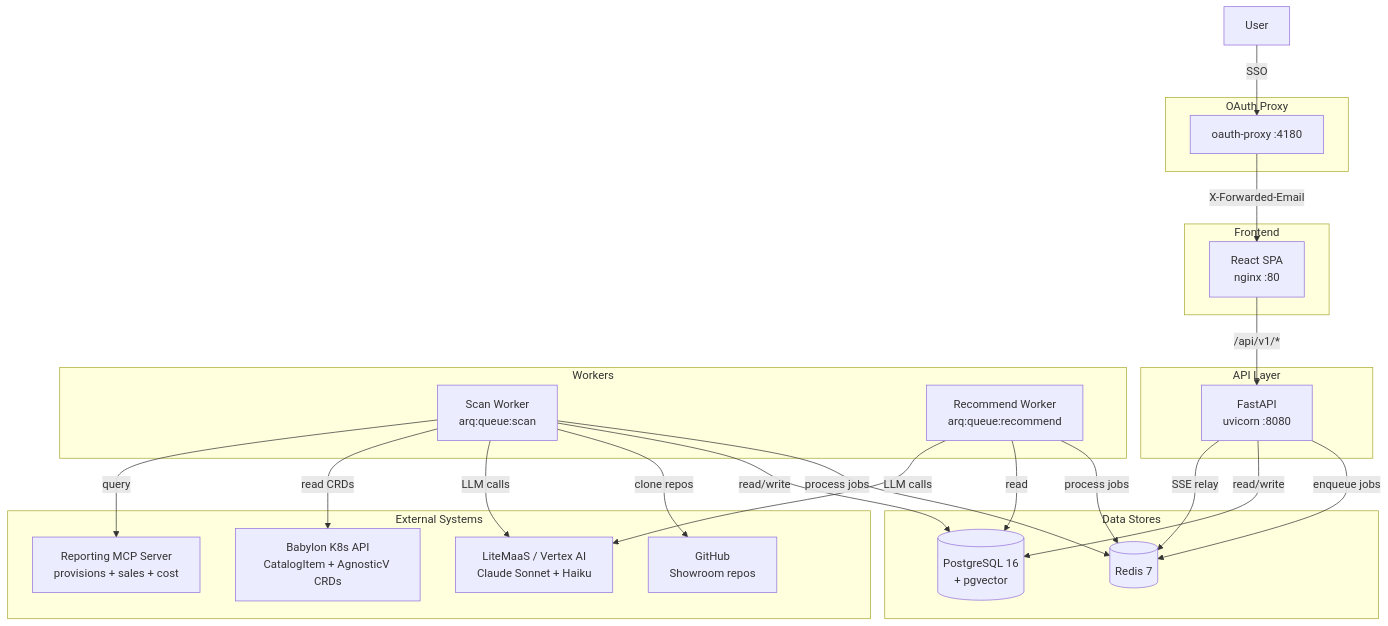
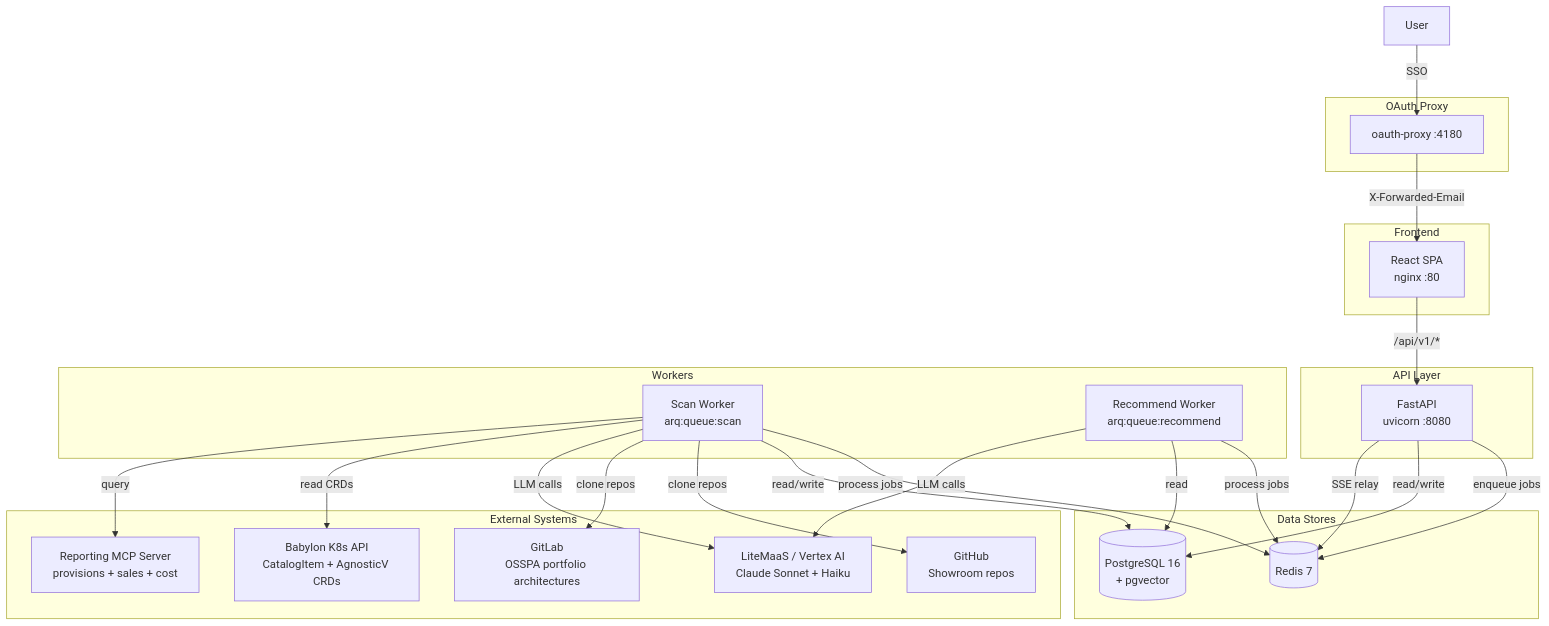
Before and after one commit to rhpds/rcars: the diagram in docs/architecture/system-design.md, drawn with Mermaid. The commit also changed other lines of this file and 2 other files, not shown here.

First line of the commit message:
[RHDPCD-28] Add portfolio architectures documentation

````diff
--- a/docs/architecture/system-design.md
+++ b/docs/architecture/system-design.md
@@ -27,47 +27,49 @@
 ```mermaid
 graph TB
     subgraph "Frontend"
         FE[React SPA<br/>nginx :80]
     end
     
     subgraph "OAuth Proxy"
         OA[oauth-proxy :4180]
     end
     
     subgraph "API Layer"
         API[FastAPI<br/>uvicorn :8080]
     end
     
     subgraph "Workers"
         SW[Scan Worker<br/>arq:queue:scan]
         RW[Recommend Worker<br/>arq:queue:recommend]
     end
     
     subgraph "Data Stores"
         PG[(PostgreSQL 16<br/>+ pgvector)]
         RD[(Redis 7)]
     end
     
     subgraph "External Systems"
         K8S[Babylon K8s API<br/>CatalogItem + AgnosticV CRDs]
         GH[GitHub<br/>Showroom repos]
+        GL[GitLab<br/>OSSPA portfolio architectures]
         LLM[LiteMaaS / Vertex AI<br/>Claude Sonnet + Haiku]
         RPT[Reporting MCP Server<br/>provisions + sales + cost]
     end
     
     User -->|SSO| OA
     OA -->|X-Forwarded-Email| FE
     FE -->|/api/v1/*| API
     API -->|enqueue jobs| RD
     API -->|read/write| PG
     API -->|SSE relay| RD
     SW -->|process jobs| RD
     SW -->|read/write| PG
     SW -->|clone repos| GH
+    SW -->|clone repos| GL
     SW -->|LLM calls| LLM
     SW -->|read CRDs| K8S
     SW -->|query| RPT
     RW -->|process jobs| RD
     RW -->|read| PG
     RW -->|LLM calls| LLM
 ```
````
